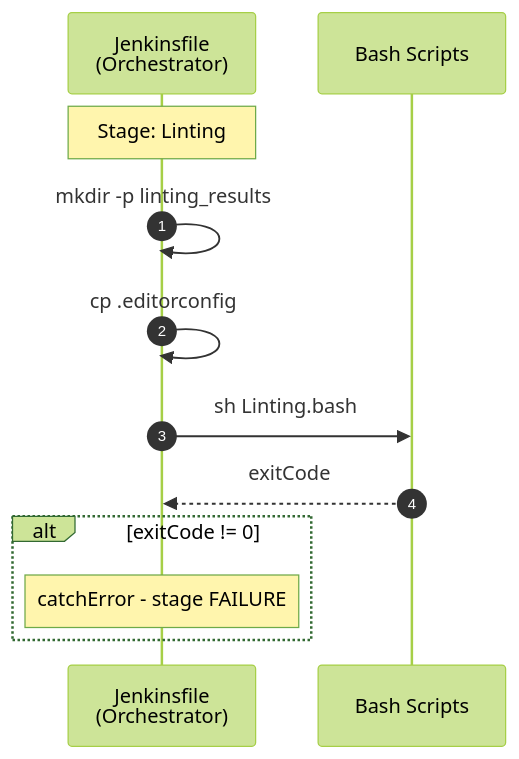
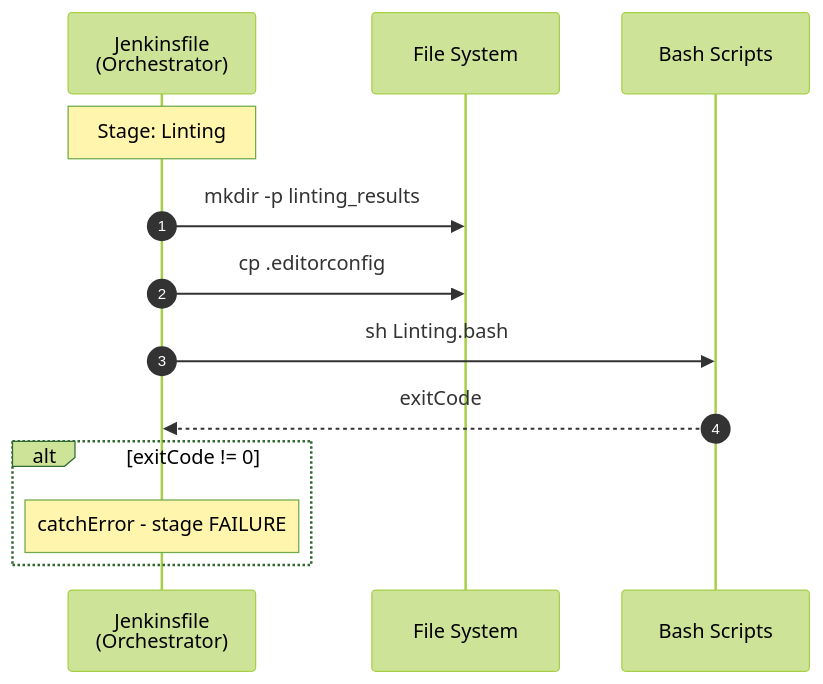
Before and after one commit to JindoKimKor/Self-Binnacle: the fourth of 9 diagrams in Voyages/Projects/VARLab-work-transfer/portfolios/devops-jenkins-linux/4-layer-architecture-and-logger-system-integration/problem-analysis/pipeline-sequence-diagrams/dlx-cd.md, drawn with Mermaid (forest theme). The commit also changed other lines of this file and 55 other files, not shown here.

First line of the commit message:
refactor(4-layer-architecture): Standardize analysis document naming and format

````diff
--- a/Voyages/Projects/VARLab-work-transfer/portfolios/devops-jenkins-linux/4-layer-architecture-and-logger-system-integration/problem-analysis/pipeline-sequence-diagrams/dlx-cd.md
+++ b/Voyages/Projects/VARLab-work-transfer/portfolios/devops-jenkins-linux/4-layer-architecture-and-logger-system-integration/problem-analysis/pipeline-sequence-diagrams/dlx-cd.md
@@ -144,18 +175,19 @@
 ```mermaid
 sequenceDiagram
     autonumber
 
     participant JF as Jenkinsfile<br/>(Orchestrator)
+    participant FS as File System
     participant Bash as Bash Scripts
 
     Note over JF: Stage: Linting
 
-    JF->>JF: mkdir -p linting_results
-    JF->>JF: cp .editorconfig
+    JF->>FS: mkdir -p linting_results
+    JF->>FS: cp .editorconfig
     JF->>Bash: sh Linting.bash
     Bash-->>JF: exitCode
 
     alt exitCode != 0
         Note over JF: catchError - stage FAILURE
     end
 ```
````
